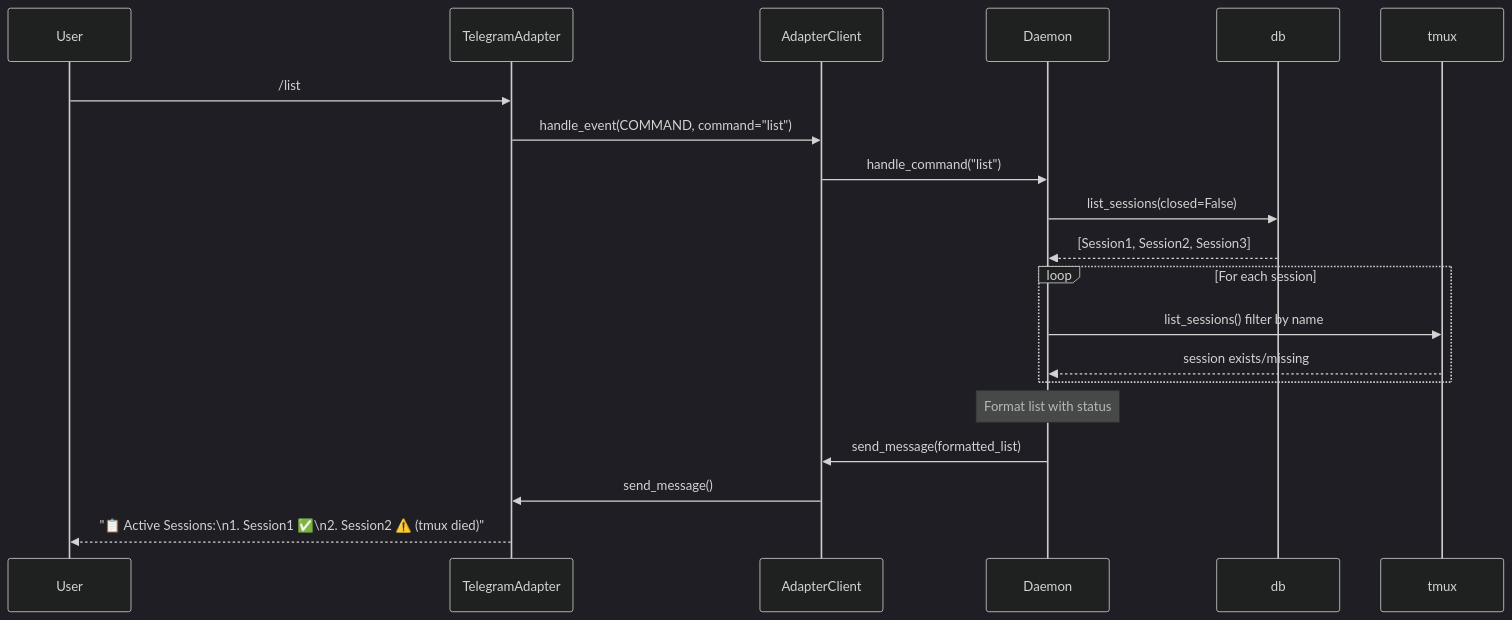
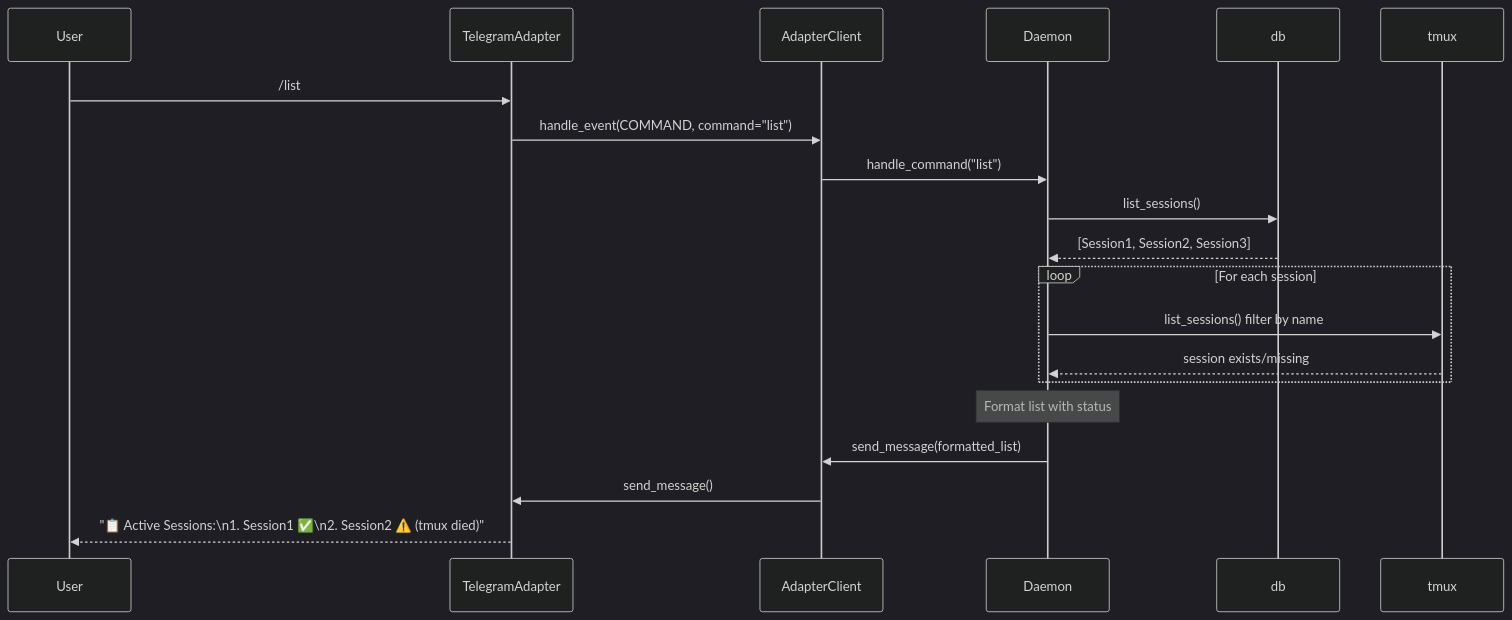
One commit to InstruktAI/TeleClaude changed the ninth of 14 diagrams in docs/use_cases.md. Above: the diagram before and after it, drawn with Mermaid (dark theme). The commit also changed other lines of this file and 42 other files, not shown here.

````diff
--- a/docs/use_cases.md
+++ b/docs/use_cases.md
@@ -484,26 +484,26 @@
 ```mermaid
 sequenceDiagram
     participant User
     participant TG as TelegramAdapter
     participant Client as AdapterClient
     participant Daemon
     participant DB as db
     participant tmux
 
     User->>TG: /list
     TG->>Client: handle_event(COMMAND, command="list")
     Client->>Daemon: handle_command("list")
 
-    Daemon->>DB: list_sessions(closed=False)
+    Daemon->>DB: list_sessions()
     DB-->>Daemon: [Session1, Session2, Session3]
 
     loop For each session
         Daemon->>tmux: list_sessions() filter by name
         tmux-->>Daemon: session exists/missing
     end
 
     Note over Daemon: Format list with status
     Daemon->>Client: send_message(formatted_list)
     Client->>TG: send_message()
     TG-->>User: "📋 Active Sessions:\n1. Session1 ✅\n2. Session2 ⚠️ (tmux died)"
 ```
````
